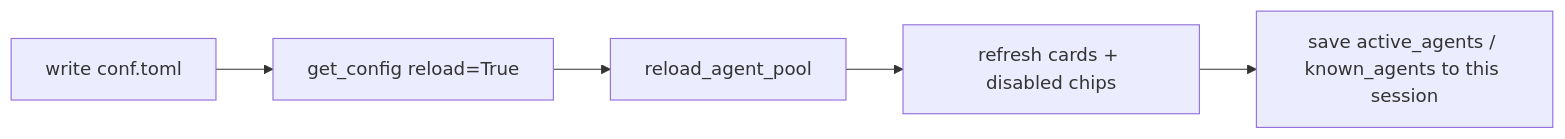
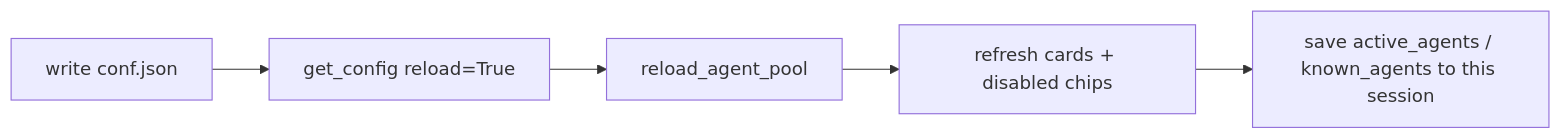
Before and after one commit to HaJaehee/MultiAgentOrchestrator: the diagram in wiki/agents/roster-editing.md, drawn with Mermaid. The commit also changed other lines of this file and 50 other files, not shown here.

First line of the commit message:
refactor(config): 설정 파일을 conf.toml 에서 conf.json 으로 옮긴다

````diff
--- a/wiki/agents/roster-editing.md
+++ b/wiki/agents/roster-editing.md
@@ -180,7 +196,7 @@
 ```mermaid
 graph LR
-    W[write conf.toml] --> R[get_config reload=True]
+    W[write conf.json] --> R[get_config reload=True]
     R --> P[reload_agent_pool]
     P --> C[refresh cards + disabled chips]
     C --> S[save active_agents / known_agents to this session]
 ```
````
